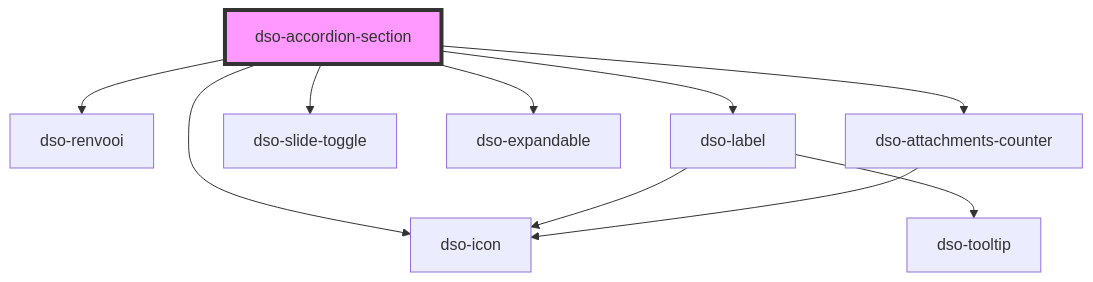
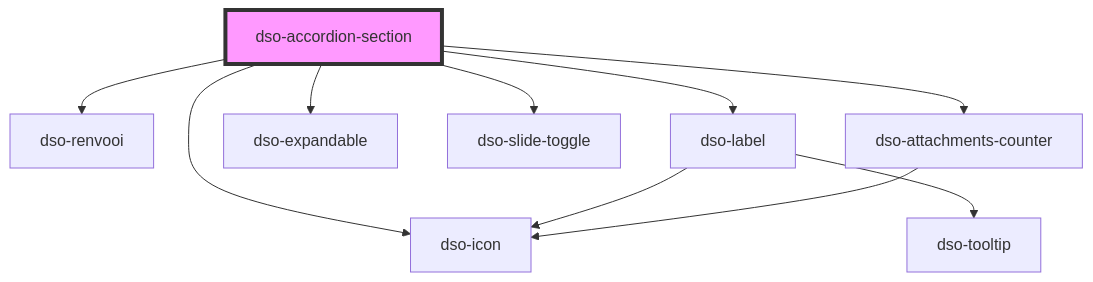
Before and after one commit to dso-toolkit/dso-toolkit: the diagram in packages/core/src/components/accordion/components/readme.md, drawn with Mermaid. The commit also changed other lines of this file and 3 other files, not shown here.

````diff
--- a/packages/core/src/components/accordion/components/readme.md
+++ b/packages/core/src/components/accordion/components/readme.md
@@ -61,13 +61,13 @@
 ```mermaid
 graph TD;
   dso-accordion-section --> dso-renvooi
   dso-accordion-section --> dso-label
   dso-accordion-section --> dso-icon
+  dso-accordion-section --> dso-expandable
   dso-accordion-section --> dso-slide-toggle
-  dso-accordion-section --> dso-expandable
   dso-accordion-section --> dso-attachments-counter
   dso-label --> dso-icon
   dso-label --> dso-tooltip
   dso-attachments-counter --> dso-icon
   style dso-accordion-section fill:#f9f,stroke:#333,stroke-width:4px
 ```
````
